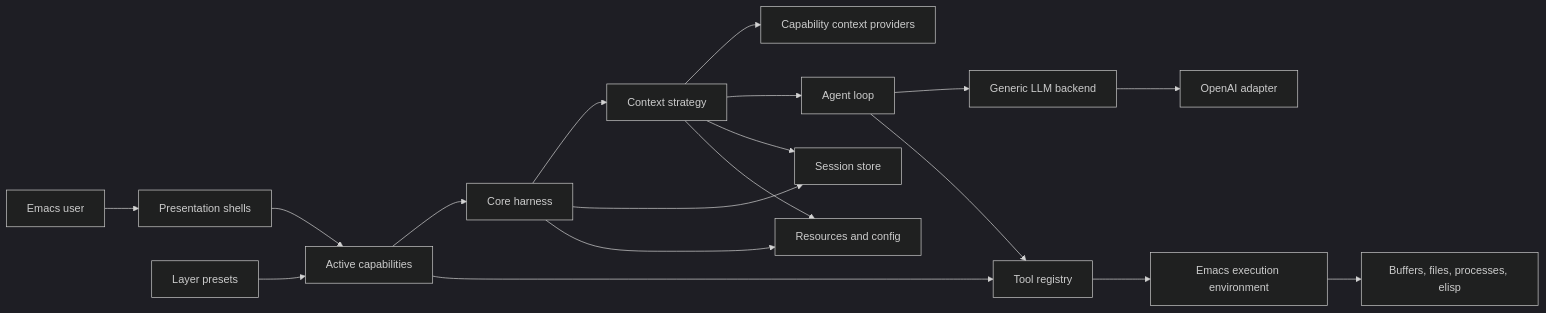
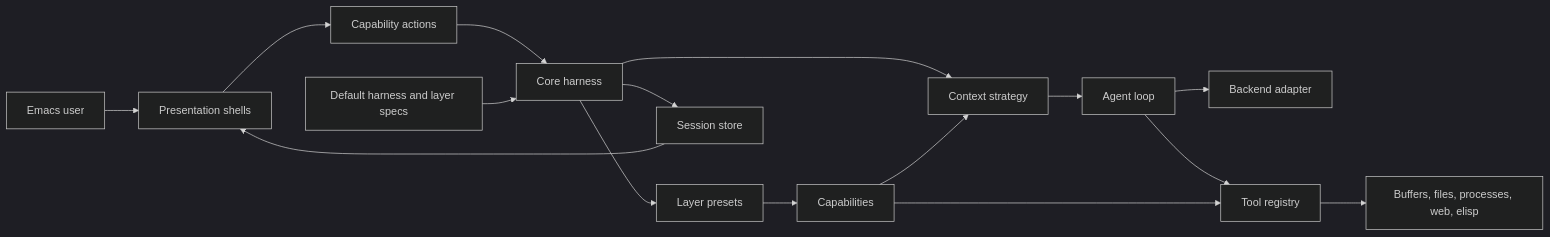
One commit to alendit/e changed the first of 2 diagrams in docs/architecture.md. Above: the diagram before and after it, drawn with Mermaid (dark theme). The commit also changed other lines of this file, not shown here.

````diff
--- a/docs/architecture.md
+++ b/docs/architecture.md
@@ -54,20 +48,18 @@
 ```mermaid
 flowchart LR
-    User["Emacs user"] --> UI["Presentation shells"]
-    UI --> Caps["Active capabilities"]
-    LayerPresets["Layer presets"] --> Caps
-    Caps --> Harness["Core harness"]
+    User["Emacs user"] --> Shells["Presentation shells"]
+    Shells --> Actions["Capability actions"]
+    Actions --> Harness["Core harness"]
+    Defaults["Default harness and layer specs"] --> Harness
+    Layers["Layer presets"] --> Caps["Capabilities"]
+    Harness --> Layers
     Harness --> Context["Context strategy"]
-    Context --> CapContext["Capability context providers"]
+    Caps --> Context
     Context --> Loop["Agent loop"]
-    Loop --> Backend["Generic LLM backend"]
-    Backend --> OpenAI["OpenAI adapter"]
+    Loop --> Backend["Backend adapter"]
     Loop --> Tools["Tool registry"]
     Caps --> Tools
-    Tools --> Env["Emacs execution environment"]
-    Harness --> Sessions["Session store"]
-    Context --> Sessions
-    Harness --> Resources["Resources and config"]
-    Context --> Resources
-    Env --> Emacs["Buffers, files, processes, elisp"]
+    Tools --> Effects["Buffers, files, processes, web, elisp"]
+    Harness --> Store["Session store"]
+    Store --> Shells
 ```
````
